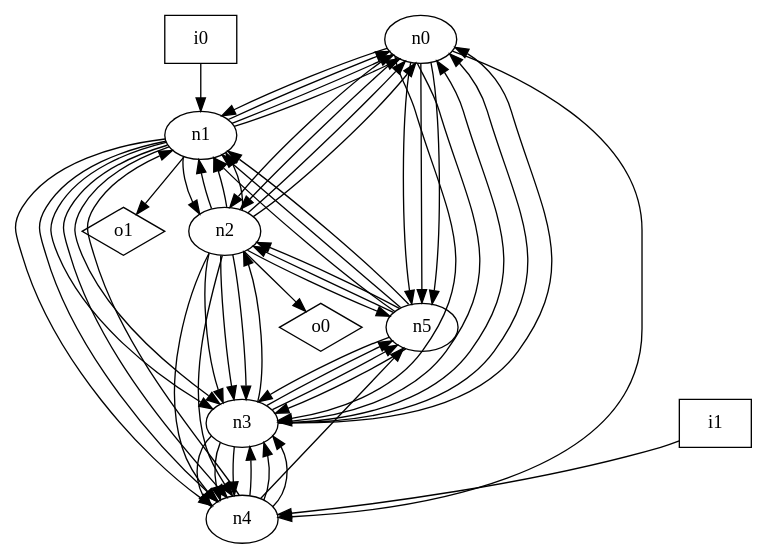
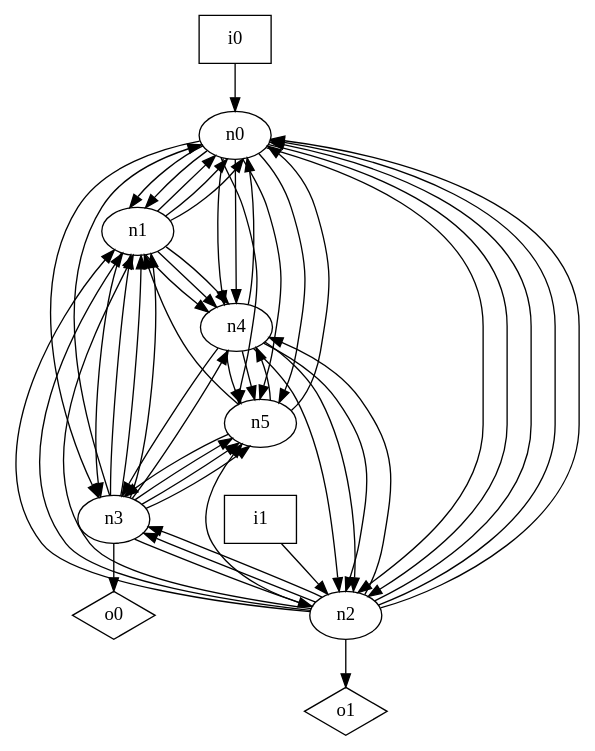
Before and after one commit to p9romain/bool-circuits: the diagram in dot_files/random/random_loop_free_graph.dot, drawn with Graphviz. The commit also changed 22 other files, not shown here.

```diff
--- a/dot_files/random/random_loop_free_graph.dot
+++ b/dot_files/random/random_loop_free_graph.dot
@@ -1,66 +1,63 @@
 digraph G {
 n0 [label="n0"];
 n1 [label="n1"];
 n2 [label="n2"];
 n3 [label="n3"];
 n4 [label="n4"];
 n5 [label="n5"];
 n6 [label="i0",shape="box"];
 n7 [label="i1",shape="box"];
 n8 [label="o0",shape="diamond"];
 n9 [label="o1",shape="diamond"];
 n0 -> n1
+n0 -> n1
 n0 -> n2
 n0 -> n2
 n0 -> n3
-n0 -> n3
+n0 -> n4
 n0 -> n4
 n0 -> n5
 n0 -> n5
 n0 -> n5
 n1 -> n0
 n1 -> n0
 n1 -> n0
-n1 -> n2
-n1 -> n3
 n1 -> n3
 n1 -> n4
 n1 -> n4
 n1 -> n4
-n1 -> n9
+n2 -> n0
 n2 -> n0
 n2 -> n0
 n2 -> n1
 n2 -> n1
 n2 -> n1
 n2 -> n3
 n2 -> n3
-n2 -> n3
-n2 -> n4
 n2 -> n4
 n2 -> n5
-n2 -> n8
+n2 -> n9
 n3 -> n0
-n3 -> n0
-n3 -> n0
+n3 -> n1
+n3 -> n1
+n3 -> n1
 n3 -> n2
-n3 -> n4
-n3 -> n4
 n3 -> n4
 n3 -> n5
 n3 -> n5
-n4 -> n1
-n4 -> n3
-n4 -> n3
+n3 -> n5
+n3 -> n8
+n4 -> n0
+n4 -> n2
+n4 -> n2
+n4 -> n2
 n4 -> n3
 n4 -> n5
+n4 -> n5
+n5 -> n0
 n5 -> n1
-n5 -> n1
-n5 -> n1
-n5 -> n2
-n5 -> n2
 n5 -> n3
-n5 -> n3
-n6 -> n1
-n7 -> n4
+n5 -> n4
+n6 -> n0
+n7 -> n2
 }
```
